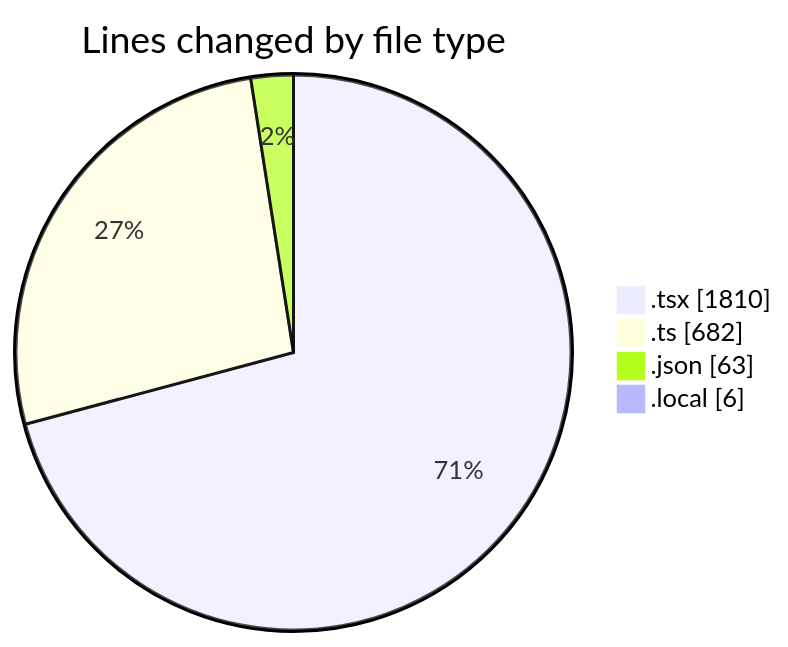
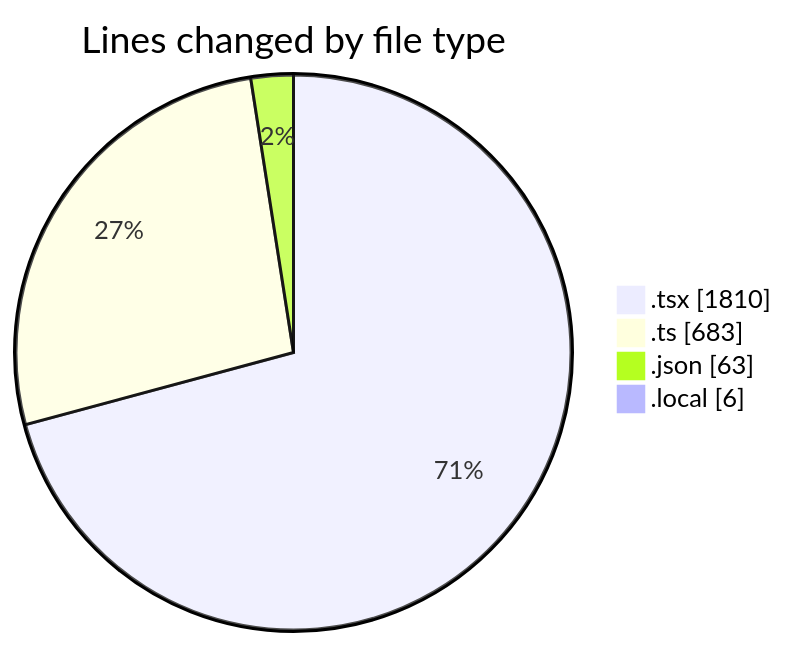
Before and after one commit to julien-gomy/code-tracking: the first of 2 diagrams in 2025-10-21/eventscop-frontend-guide__workspace_/README.md, drawn with Mermaid. The commit also changed other lines of this file and 1 other file, not shown here.

````diff
--- a/2025-10-21/eventscop-frontend-guide__workspace_/README.md
+++ b/2025-10-21/eventscop-frontend-guide__workspace_/README.md
@@ -48,8 +49,8 @@
 ```mermaid
 pie showData
 title Lines changed by file type
 ".tsx" : 1810
-".ts" : 682
+".ts" : 683
 ".json" : 63
 ".local" : 6
 ```
````
